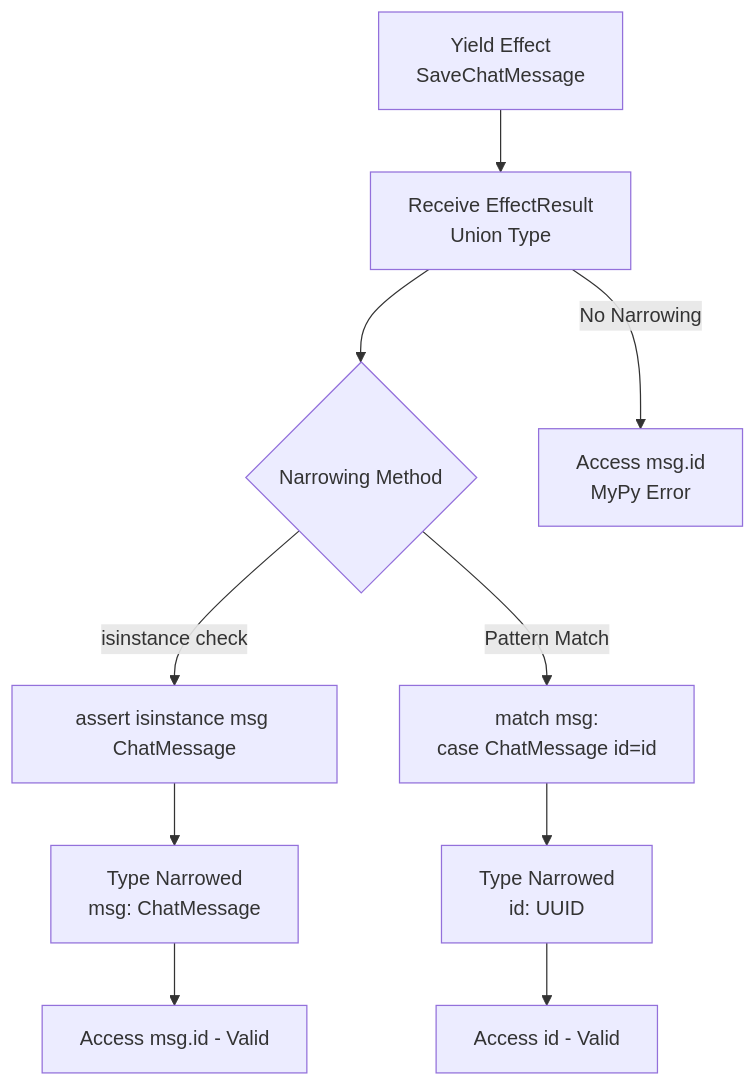
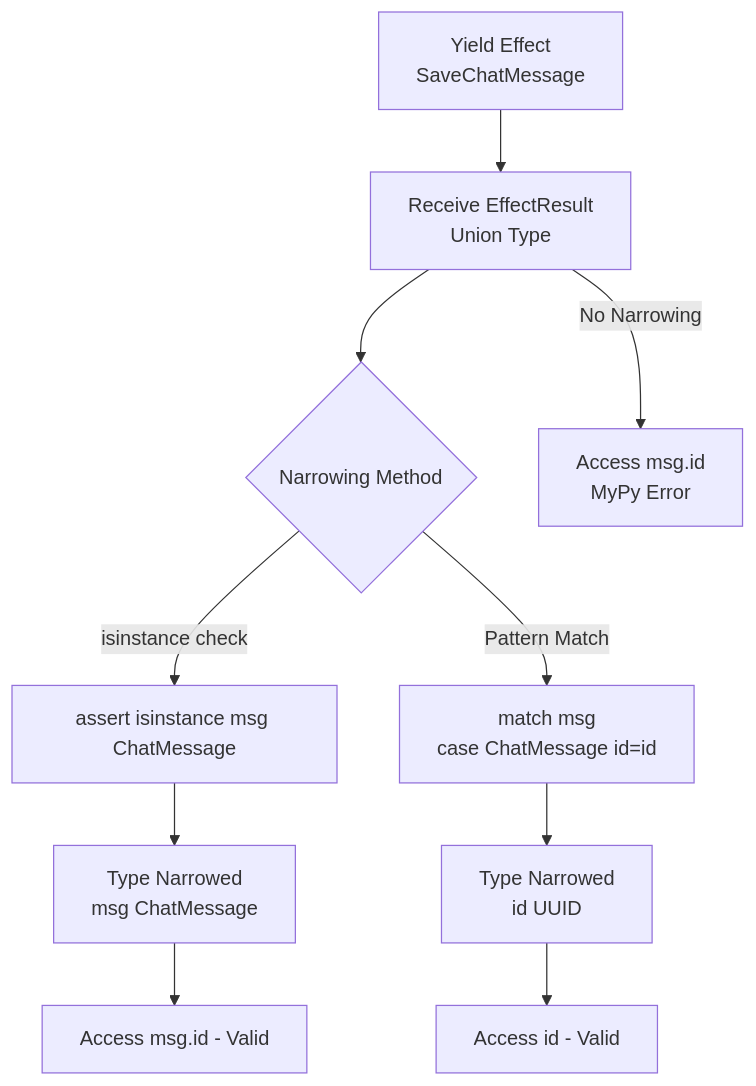
One commit to Tuee22/effectful changed the third of 3 diagrams in documents/tutorials/02_effect_types.md. Above: the diagram before and after it, drawn with Mermaid. The commit also changed other lines of this file and 22 other files, not shown here.

````diff
--- a/documents/tutorials/02_effect_types.md
+++ b/documents/tutorials/02_effect_types.md
@@ -801,20 +801,20 @@
 ```mermaid
 flowchart TB
     Yield[Yield Effect<br/>SaveChatMessage]
     Receive[Receive EffectResult<br/>Union Type]
     Method{Narrowing Method}
 
     Yield --> Receive
     Receive --> Method
 
     Method -->|isinstance check| Assert[assert isinstance msg ChatMessage]
-    Method -->|Pattern Match| Match[match msg:<br/>case ChatMessage id=id]
+    Method -->|Pattern Match| Match[match msg<br/>case ChatMessage id=id]
 
-    Assert --> Narrowed1[Type Narrowed<br/>msg: ChatMessage]
-    Match --> Narrowed2[Type Narrowed<br/>id: UUID]
+    Assert --> Narrowed1[Type Narrowed<br/>msg ChatMessage]
+    Match --> Narrowed2[Type Narrowed<br/>id UUID]
 
     Narrowed1 --> Access1[Access msg.id - Valid]
     Narrowed2 --> Access2[Access id - Valid]
 
     Receive -->|No Narrowing| Error[Access msg.id<br/>MyPy Error]
 ```
````
